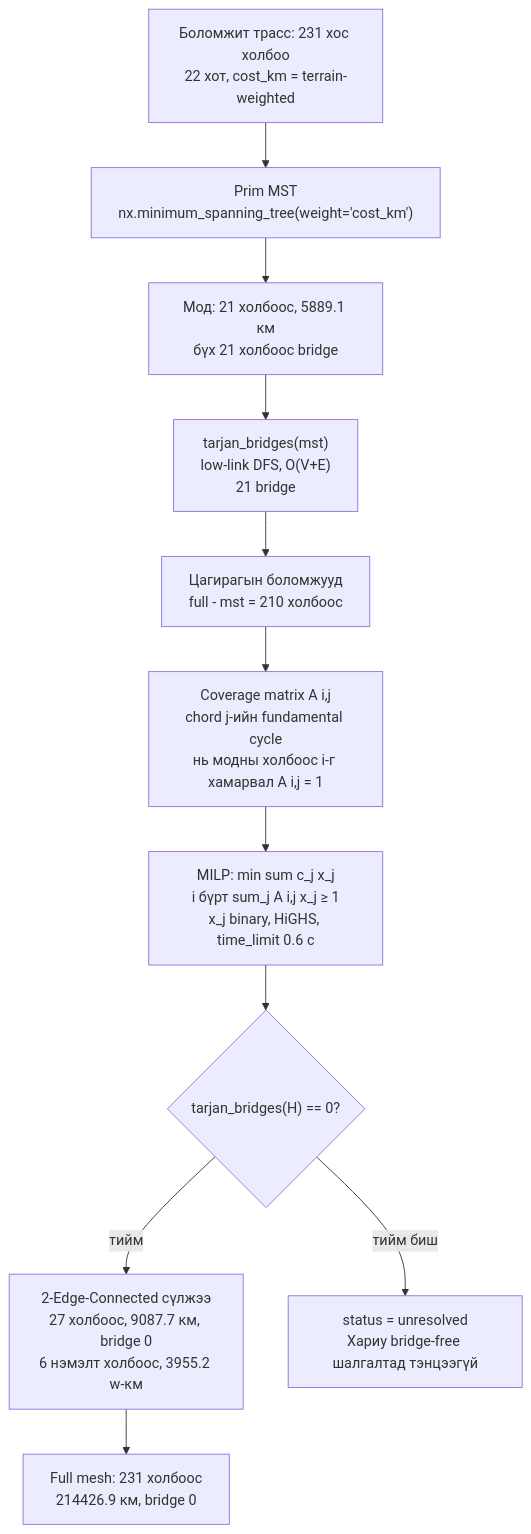
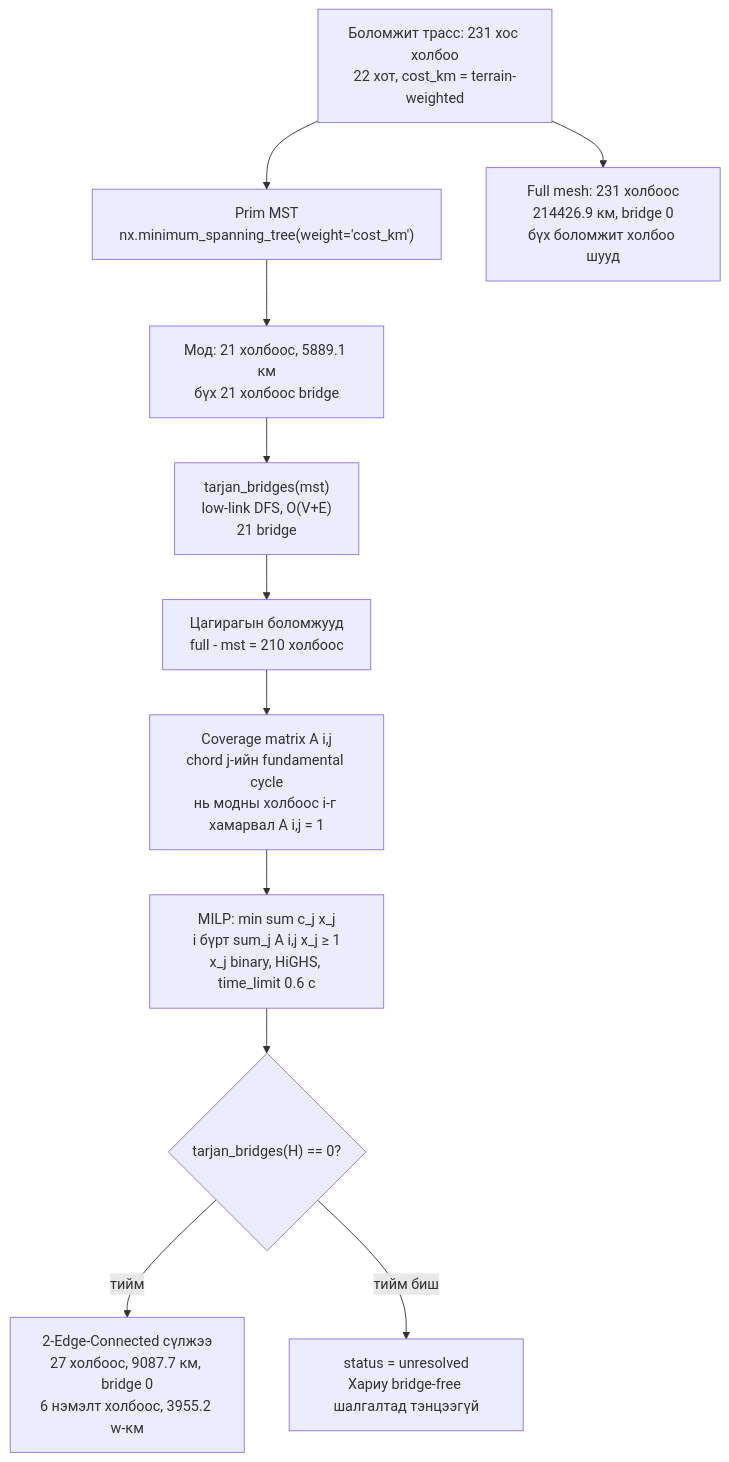
The fourth of 7 diagrams in docs/ARCHITECTURE.md (OneThing4101/network-simulation-gang), drawn with Mermaid before and after one commit. The commit also changed other lines of this file and 6 other files, not shown here.

Commit message:
Complete the npm lockfile offline, add the design system and architecture documents

````diff
--- a/docs/ARCHITECTURE.md
+++ b/docs/ARCHITECTURE.md
@@ -142,13 +142,13 @@
 ```mermaid
 flowchart TD
   A["Боломжит трасс: 231 хос холбоо<br/>22 хот, cost_km = terrain-weighted"] --> B["Prim MST<br/>nx.minimum_spanning_tree(weight='cost_km')"]
   B --> C["Мод: 21 холбоос, 5889.1 км<br/>бүх 21 холбоос bridge"]
   C --> D["tarjan_bridges(mst)<br/>low-link DFS, O(V+E)<br/>21 bridge"]
   D --> E["Цагирагын боломжууд<br/>full - mst = 210 холбоос"]
   E --> F["Coverage matrix A i,j<br/>chord j-ийн fundamental cycle<br/>нь модны холбоос i-г хамарвал A i,j = 1"]
   F --> G["MILP: min sum c_j x_j<br/>i бүрт sum_j A i,j x_j ≥ 1<br/>x_j binary, HiGHS, time_limit 0.6 с"]
   G --> H{"tarjan_bridges(H) == 0?"}
   H -->|тийм| I["2-Edge-Connected сүлжээ<br/>27 холбоос, 9087.7 км, bridge 0<br/>6 нэмэлт холбоос, 3955.2 w-км"]
   H -->|тийм биш| J["status = unresolved<br/>Хариу bridge-free шалгалтад тэнцээгүй"]
-  I --> K["Full mesh: 231 холбоос<br/>214426.9 км, bridge 0"]
+  A --> K["Full mesh: 231 холбоос<br/>214426.9 км, bridge 0<br/>бүх боломжит холбоо шууд"]
 ```
````
